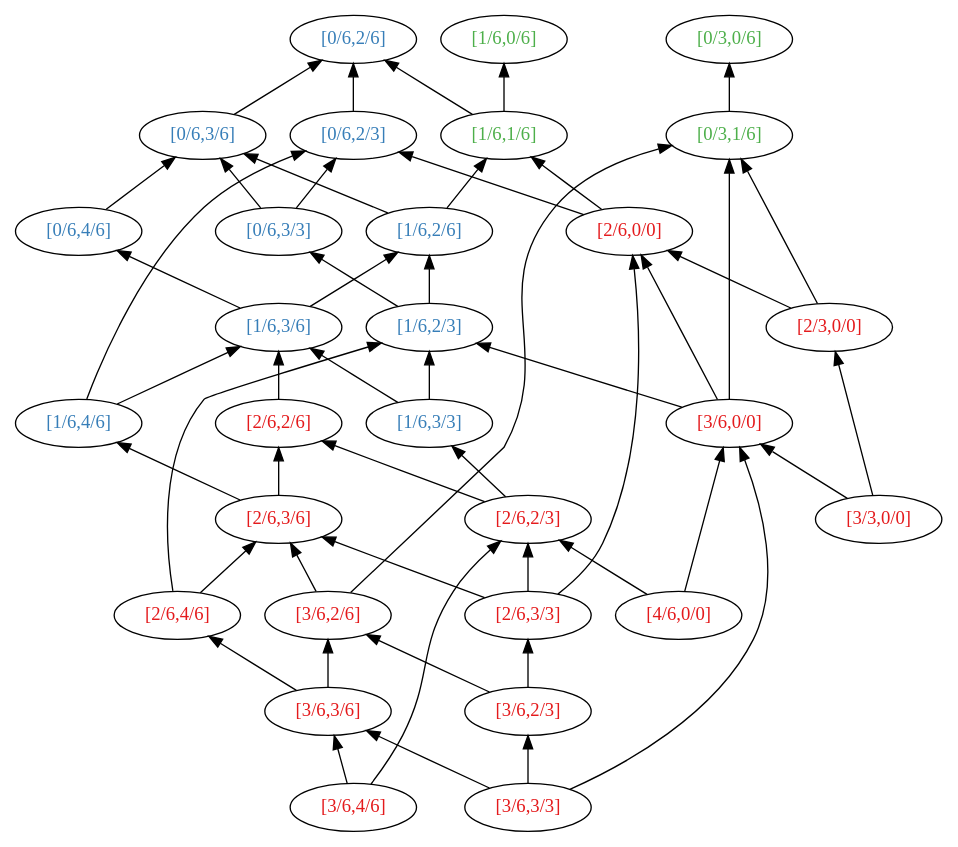
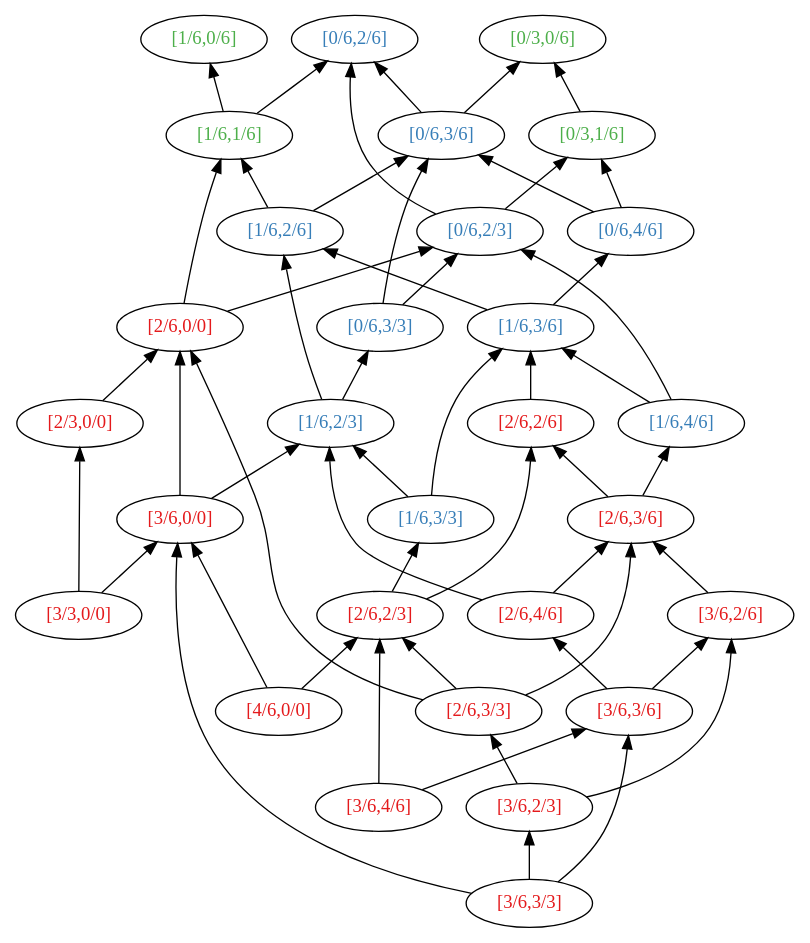
One commit to Precisfice/DEDUCTION changed the diagram in HasseD2.dot. Above: the diagram before and after it, drawn with Graphviz. The commit also changed 9 other files, not shown here.

Commit message:
Refresh Hasse diagrams, D=2,3

```diff
--- a/HasseD2.dot
+++ b/HasseD2.dot
@@ -1,101 +1,103 @@
 strict digraph hasseD2 {
   rankdir=BT;
   node [colorscheme=set14, fontname="Helvetica:bold"];
   { rank=same;
-    "[3/6,4/6]" [fontcolor=1];
     "[3/6,3/3]" [fontcolor=1];
   }
   { rank=same;
-    "[3/6,3/6]" [fontcolor=1];
+    "[3/6,4/6]" [fontcolor=1];
     "[3/6,2/3]" [fontcolor=1];
   }
   { rank=same;
+    "[3/6,3/6]" [fontcolor=1];
+    "[2/6,3/3]" [fontcolor=1];
     "[4/6,0/0]" [fontcolor=1];
-    "[3/6,2/6]" [fontcolor=1];
-    "[2/6,4/6]" [fontcolor=1];
-    "[2/6,3/3]" [fontcolor=1];
   }
   { rank=same;
+    "[2/6,4/6]" [fontcolor=1];
+    "[3/6,2/6]" [fontcolor=1];
+    "[2/6,2/3]" [fontcolor=1];
     "[3/3,0/0]" [fontcolor=1];
-    "[2/6,3/6]" [fontcolor=1];
-    "[2/6,2/3]" [fontcolor=1];
   }
   { rank=same;
+    "[2/6,3/6]" [fontcolor=1];
+    "[1/6,3/3]" [fontcolor=2];
     "[3/6,0/0]" [fontcolor=1];
-    "[2/6,2/6]" [fontcolor=1];
-    "[1/6,4/6]" [fontcolor=2];
-    "[1/6,3/3]" [fontcolor=2];
   }
   { rank=same;
+    "[1/6,4/6]" [fontcolor=2];
+    "[2/6,2/6]" [fontcolor=1];
+    "[1/6,2/3]" [fontcolor=2];
     "[2/3,0/0]" [fontcolor=1];
-    "[1/6,3/6]" [fontcolor=2];
-    "[1/6,2/3]" [fontcolor=2];
   }
   { rank=same;
+    "[1/6,3/6]" [fontcolor=2];
+    "[0/6,3/3]" [fontcolor=2];
     "[2/6,0/0]" [fontcolor=1];
-    "[1/6,2/6]" [fontcolor=2];
-    "[0/6,4/6]" [fontcolor=2];
-    "[0/6,3/3]" [fontcolor=2];
   }
   { rank=same;
+    "[0/6,4/6]" [fontcolor=2];
+    "[1/6,2/6]" [fontcolor=2];
+    "[0/6,2/3]" [fontcolor=2];
+  }
+  { rank=same;
+    "[0/6,3/6]" [fontcolor=2];
     "[1/6,1/6]" [fontcolor=3];
-    "[0/6,3/6]" [fontcolor=2];
-    "[0/6,2/3]" [fontcolor=2];
     "[0/3,1/6]" [fontcolor=3];
   }
   { rank=same;
+    "[0/6,2/6]" [fontcolor=2];
     "[1/6,0/6]" [fontcolor=3];
-    "[0/6,2/6]" [fontcolor=2];
     "[0/3,0/6]" [fontcolor=3];
   }
-  "[4/6,0/0]" -> "[3/6,0/0]";
-  "[4/6,0/0]" -> "[2/6,2/3]";
   "[3/6,4/6]" -> "[3/6,3/6]";
   "[3/6,4/6]" -> "[2/6,2/3]";
   "[3/6,3/3]" -> "[3/6,3/6]";
   "[3/6,3/3]" -> "[3/6,2/3]";
   "[3/6,3/3]" -> "[3/6,0/0]";
+  "[3/6,3/6]" -> "[2/6,4/6]";
   "[3/6,3/6]" -> "[3/6,2/6]";
-  "[3/6,3/6]" -> "[2/6,4/6]";
+  "[2/6,4/6]" -> "[2/6,3/6]";
+  "[2/6,4/6]" -> "[1/6,2/3]";
   "[3/6,2/3]" -> "[3/6,2/6]";
   "[3/6,2/3]" -> "[2/6,3/3]";
   "[3/6,2/6]" -> "[2/6,3/6]";
-  "[3/6,2/6]" -> "[0/3,1/6]";
-  "[3/3,0/0]" -> "[3/6,0/0]";
-  "[3/3,0/0]" -> "[2/3,0/0]";
-  "[3/6,0/0]" -> "[2/6,0/0]";
-  "[3/6,0/0]" -> "[1/6,2/3]";
-  "[3/6,0/0]" -> "[0/3,1/6]";
-  "[2/6,4/6]" -> "[2/6,3/6]";
-  "[2/6,4/6]" -> "[1/6,2/3]";
   "[2/6,3/3]" -> "[2/6,3/6]";
   "[2/6,3/3]" -> "[2/6,2/3]";
   "[2/6,3/3]" -> "[2/6,0/0]";
+  "[2/6,3/6]" -> "[1/6,4/6]";
   "[2/6,3/6]" -> "[2/6,2/6]";
-  "[2/6,3/6]" -> "[1/6,4/6]";
+  "[1/6,4/6]" -> "[1/6,3/6]";
+  "[1/6,4/6]" -> "[0/6,2/3]";
+  "[4/6,0/0]" -> "[2/6,2/3]";
+  "[4/6,0/0]" -> "[3/6,0/0]";
   "[2/6,2/3]" -> "[2/6,2/6]";
   "[2/6,2/3]" -> "[1/6,3/3]";
   "[2/6,2/6]" -> "[1/6,3/6]";
-  "[2/3,0/0]" -> "[2/6,0/0]";
-  "[2/3,0/0]" -> "[0/3,1/6]";
-  "[2/6,0/0]" -> "[1/6,1/6]";
-  "[2/6,0/0]" -> "[0/6,2/3]";
-  "[1/6,4/6]" -> "[1/6,3/6]";
-  "[1/6,4/6]" -> "[0/6,2/3]";
   "[1/6,3/3]" -> "[1/6,3/6]";
   "[1/6,3/3]" -> "[1/6,2/3]";
+  "[1/6,3/6]" -> "[0/6,4/6]";
   "[1/6,3/6]" -> "[1/6,2/6]";
-  "[1/6,3/6]" -> "[0/6,4/6]";
+  "[0/6,4/6]" -> "[0/6,3/6]";
+  "[0/6,4/6]" -> "[0/3,1/6]";
+  "[3/3,0/0]" -> "[3/6,0/0]";
+  "[3/3,0/0]" -> "[2/3,0/0]";
+  "[3/6,0/0]" -> "[1/6,2/3]";
+  "[3/6,0/0]" -> "[2/6,0/0]";
   "[1/6,2/3]" -> "[1/6,2/6]";
   "[1/6,2/3]" -> "[0/6,3/3]";
+  "[1/6,2/6]" -> "[0/6,3/6]";
   "[1/6,2/6]" -> "[1/6,1/6]";
-  "[1/6,2/6]" -> "[0/6,3/6]";
-  "[1/6,1/6]" -> "[1/6,0/6]";
-  "[1/6,1/6]" -> "[0/6,2/6]";
-  "[0/6,4/6]" -> "[0/6,3/6]";
   "[0/6,3/3]" -> "[0/6,3/6]";
   "[0/6,3/3]" -> "[0/6,2/3]";
   "[0/6,3/6]" -> "[0/6,2/6]";
+  "[0/6,3/6]" -> "[0/3,0/6]";
+  "[2/3,0/0]" -> "[2/6,0/0]";
+  "[2/6,0/0]" -> "[1/6,1/6]";
+  "[2/6,0/0]" -> "[0/6,2/3]";
+  "[1/6,1/6]" -> "[0/6,2/6]";
+  "[1/6,1/6]" -> "[1/6,0/6]";
   "[0/6,2/3]" -> "[0/6,2/6]";
+  "[0/6,2/3]" -> "[0/3,1/6]";
   "[0/3,1/6]" -> "[0/3,0/6]";
 }
```
